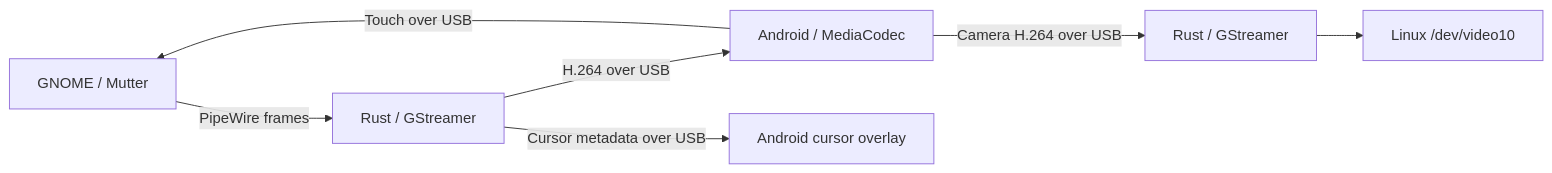
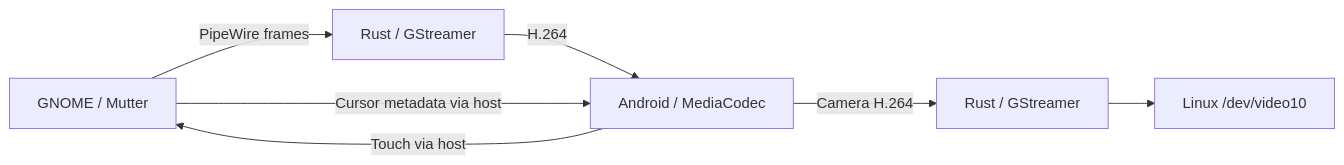
Before and after one commit to sal0-h/extraspace: the diagram in docs/architecture.md, drawn with Mermaid. The commit also changed other lines of this file and 22 other files, not shown here.

````diff
--- a/docs/architecture.md
+++ b/docs/architecture.md
@@ -8,9 +9,9 @@
 ```mermaid
 flowchart LR
     GNOME["GNOME / Mutter"] -->|PipeWire frames| VIDEO["Rust / GStreamer"]
-    VIDEO -->|H.264 over USB| TABLET["Android / MediaCodec"]
-    VIDEO -->|Cursor metadata over USB| CURSOR["Android cursor overlay"]
-    TABLET -->|Touch over USB| GNOME
-    TABLET -->|Camera H.264 over USB| CAMERA["Rust / GStreamer"]
+    VIDEO -->|H.264| TABLET["Android / MediaCodec"]
+    GNOME -->|Cursor metadata via host| TABLET
+    TABLET -->|Touch via host| GNOME
+    TABLET -->|Camera H.264| CAMERA["Rust / GStreamer"]
     CAMERA --> WEBCAM["Linux /dev/video10"]
 ```
````
